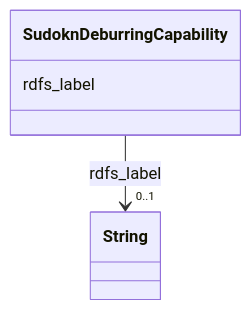
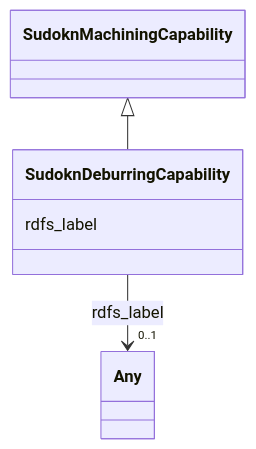
Before and after one commit to frink-okn/graph-descriptions: the diagram in sudokn-kg/classes/SudoknDeburringCapability.md, drawn with Mermaid. The commit also changed other lines of this file and 903 other files, not shown here.

````diff
--- a/sudokn-kg/classes/SudoknDeburringCapability.md
+++ b/sudokn-kg/classes/SudoknDeburringCapability.md
@@ -23,15 +18,18 @@
 ```mermaid
  classDiagram
     class SudoknDeburringCapability
     click SudoknDeburringCapability href "../SudoknDeburringCapability"
+      SudoknMachiningCapability <|-- SudoknDeburringCapability
+        click SudoknMachiningCapability href "../SudoknMachiningCapability"
+      
       SudoknDeburringCapability : rdfs_label
         
           
     
     
-    SudoknDeburringCapability --> "0..1" String : rdfs_label
-    click String href "../String"
+    SudoknDeburringCapability --> "0..1" Any : rdfs_label
+    click Any href "../Any"
 
         
       
 ```
````
